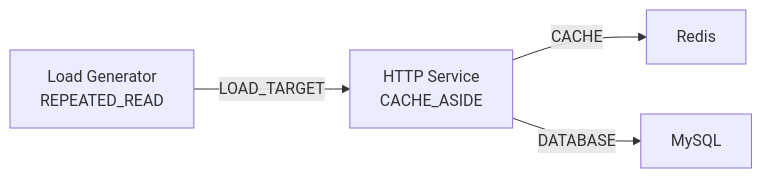
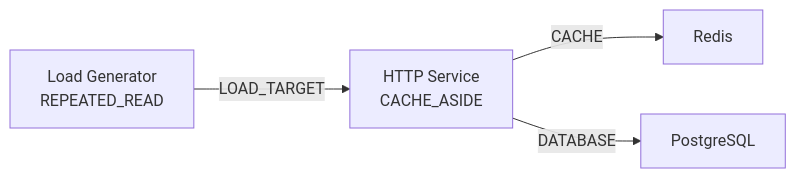
The fourth of 6 diagrams in README.md (codeurjc-students/2026-INFRACTURE), drawn with Mermaid before and after one commit. The commit also changed other lines of this file and 3 other files, not shown here.

Commit message:
feat: Update database references from MySQL to PostgreSQL and enhance documentation for start Phase 2

````diff
--- a/README.md
+++ b/README.md
@@ -376,6 +377,6 @@
 ```mermaid
 flowchart LR
     Load["Load Generator<br/>REPEATED_READ"] -->|"LOAD_TARGET"| Api["HTTP Service<br/>CACHE_ASIDE"]
     Api -->|"CACHE"| Redis["Redis"]
-    Api -->|"DATABASE"| MySQL["MySQL"]
+    Api -->|"DATABASE"| PostgreSQL["PostgreSQL"]
 ```
````
